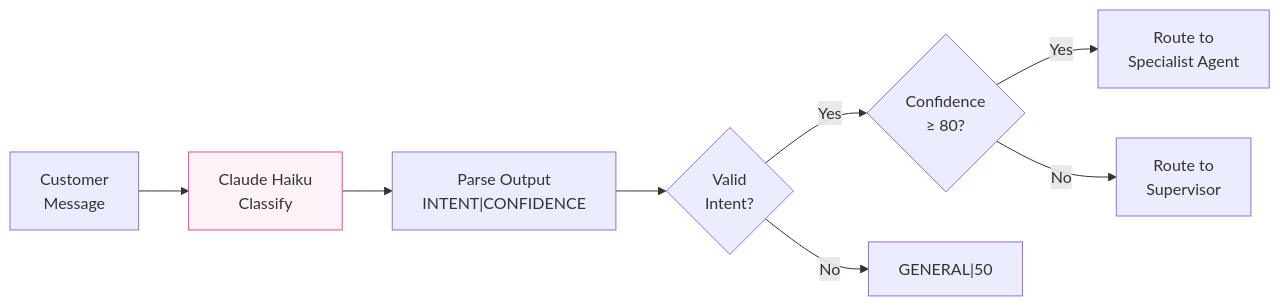
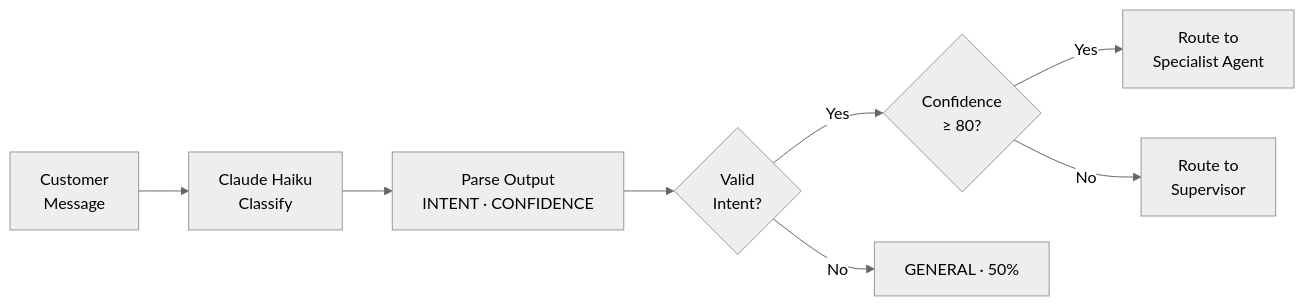
Before and after one commit to EminDurmuSS/lookfor-hackathon: the third of 11 diagrams in README.md, drawn with Mermaid. The commit also changed other lines of this file, not shown here.

````diff
--- a/README.md
+++ b/README.md
@@ -218,12 +182,11 @@
 ```mermaid
+%%{init: {'theme': 'neutral'}}%%
 flowchart LR
     MSG["Customer<br/>Message"] --> HAIKU["Claude Haiku<br/>Classify"]
-    HAIKU --> PARSE["Parse Output<br/>INTENT|CONFIDENCE"]
+    HAIKU --> PARSE["Parse Output<br/>INTENT · CONFIDENCE"]
     PARSE --> VALID{"Valid<br/>Intent?"}
     VALID -->|Yes| CONF{"Confidence<br/>≥ 80?"}
-    VALID -->|No| GEN["GENERAL|50"]
+    VALID -->|No| GEN["GENERAL · 50%"]
     CONF -->|Yes| AGENT["Route to<br/>Specialist Agent"]
     CONF -->|No| SUPER["Route to<br/>Supervisor"]
-
-    style HAIKU fill:#fdf2f8,stroke:#ec4899
 ```
````
